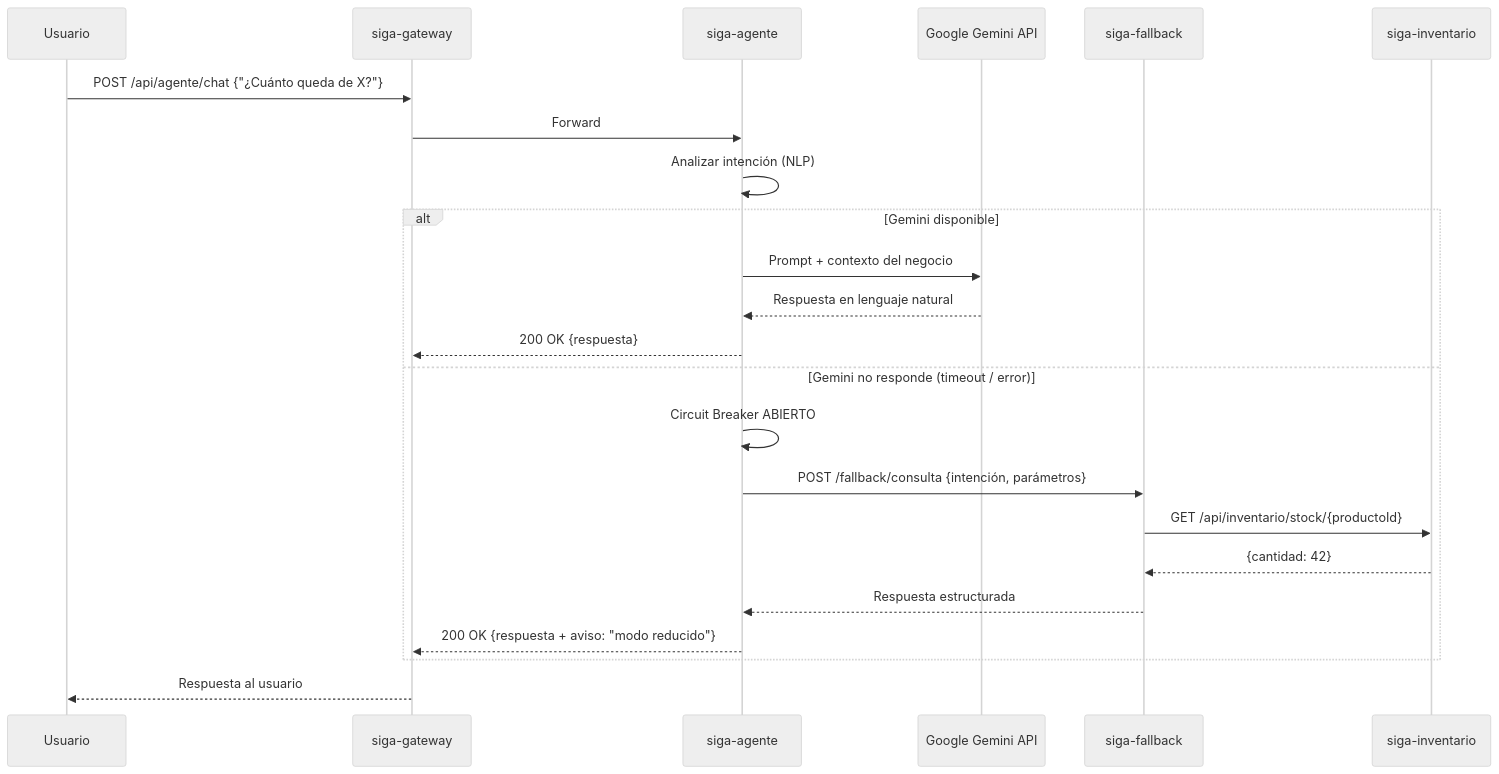
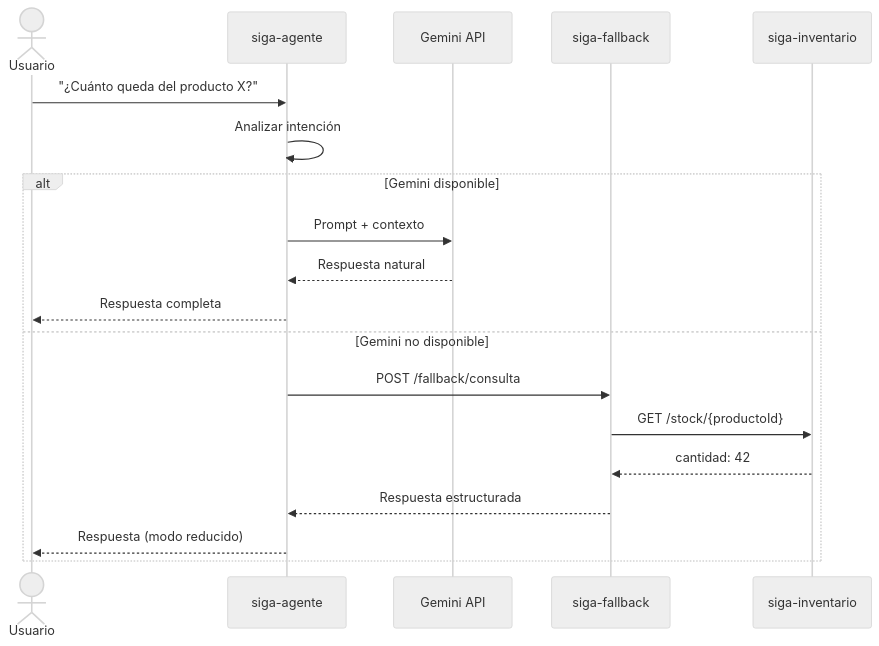
Before and after one commit to HecAguilaV/SIGA: the sixth of 9 diagrams in openspec/changes/migracion-microservicios/architecture-diagrams.md, drawn with Mermaid (neutral theme). The commit also changed other lines of this file, not shown here.

Commit message:
docs: rediseñar diagramas con layouts limpios y líneas rectas

````diff
--- a/openspec/changes/migracion-microservicios/architecture-diagrams.md
+++ b/openspec/changes/migracion-microservicios/architecture-diagrams.md
@@ -151,29 +165,23 @@
 ```mermaid
 sequenceDiagram
-    participant U as Usuario
-    participant GW as siga-gateway
+    actor U as Usuario
     participant AG as siga-agente
-    participant GM as Google Gemini API
+    participant GM as Gemini API
     participant FB as siga-fallback
     participant IN as siga-inventario
 
-    U->>GW: POST /api/agente/chat {"¿Cuánto queda de X?"}
-    GW->>AG: Forward
-
-    AG->>AG: Analizar intención (NLP)
+    U->>AG: "¿Cuánto queda del producto X?"
+    AG->>AG: Analizar intención
 
     alt Gemini disponible
-        AG->>GM: Prompt + contexto del negocio
-        GM-->>AG: Respuesta en lenguaje natural
-        AG-->>GW: 200 OK {respuesta}
-    else Gemini no responde (timeout / error)
-        AG->>AG: Circuit Breaker ABIERTO
-        AG->>FB: POST /fallback/consulta {intención, parámetros}
-        FB->>IN: GET /api/inventario/stock/{productoId}
-        IN-->>FB: {cantidad: 42}
+        AG->>GM: Prompt + contexto
+        GM-->>AG: Respuesta natural
+        AG-->>U: Respuesta completa
+    else Gemini no disponible
+        AG->>FB: POST /fallback/consulta
+        FB->>IN: GET /stock/{productoId}
+        IN-->>FB: cantidad: 42
         FB-->>AG: Respuesta estructurada
-        AG-->>GW: 200 OK {respuesta + aviso: "modo reducido"}
+        AG-->>U: Respuesta (modo reducido)
     end
-
-    GW-->>U: Respuesta al usuario
 ```
````
